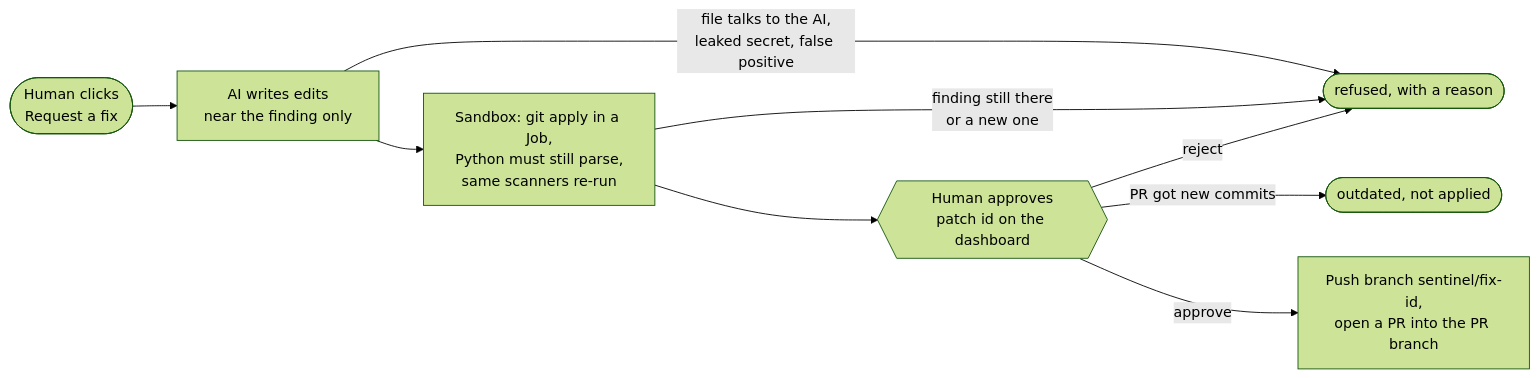
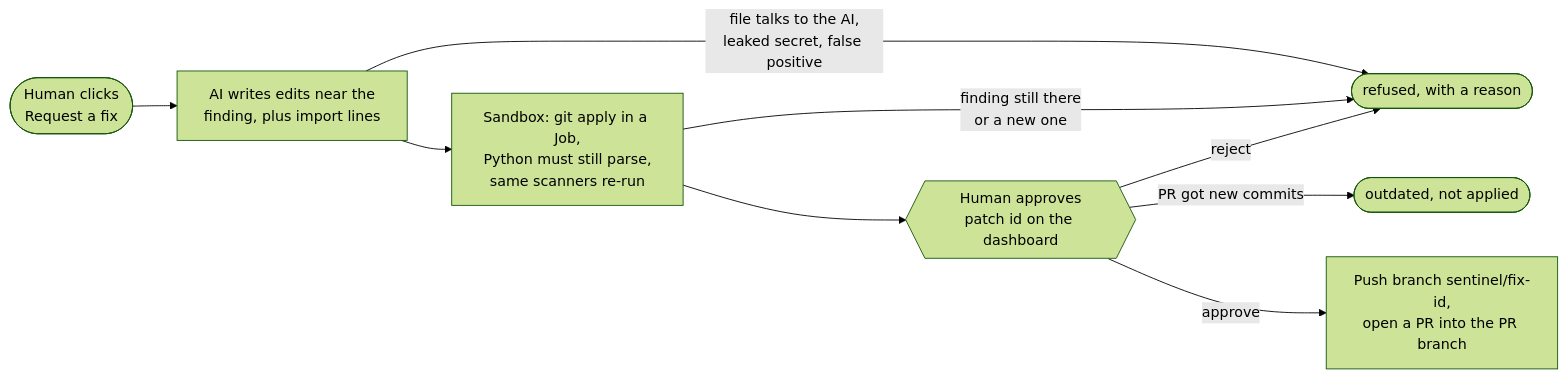
One commit to dhiasalah/-Sentinel-Agentic-DevSecOps-Reviewer changed the second of 3 diagrams in README.md. Above: the diagram before and after it, drawn with Mermaid (forest theme). The commit also changed other lines of this file, not shown here.

Commit message:
docs: README matches the code (non-root Jobs, LLM order per repo, import edits, actions policy)

````diff
--- a/README.md
+++ b/README.md
@@ -70,11 +71,11 @@
 ```mermaid
 flowchart LR
-    R([Human clicks<br/>Request a fix]) --> F[AI writes edits<br/>near the finding only]
+    R([Human clicks<br/>Request a fix]) --> F[AI writes edits near the<br/>finding, plus import lines]
     F -->|file talks to the AI,<br/>leaked secret, false positive| X([refused, with a reason])
     F --> V[Sandbox: git apply in a Job,<br/>Python must still parse,<br/>same scanners re-run]
     V -->|finding still there<br/>or a new one| X
     V --> H{{Human approves<br/>patch id on the dashboard}}
     H -->|PR got new commits| O([outdated, not applied])
     H -->|reject| X
     H -->|approve| P[Push branch sentinel/fix-id,<br/>open a PR into the PR branch]
 ```
````
